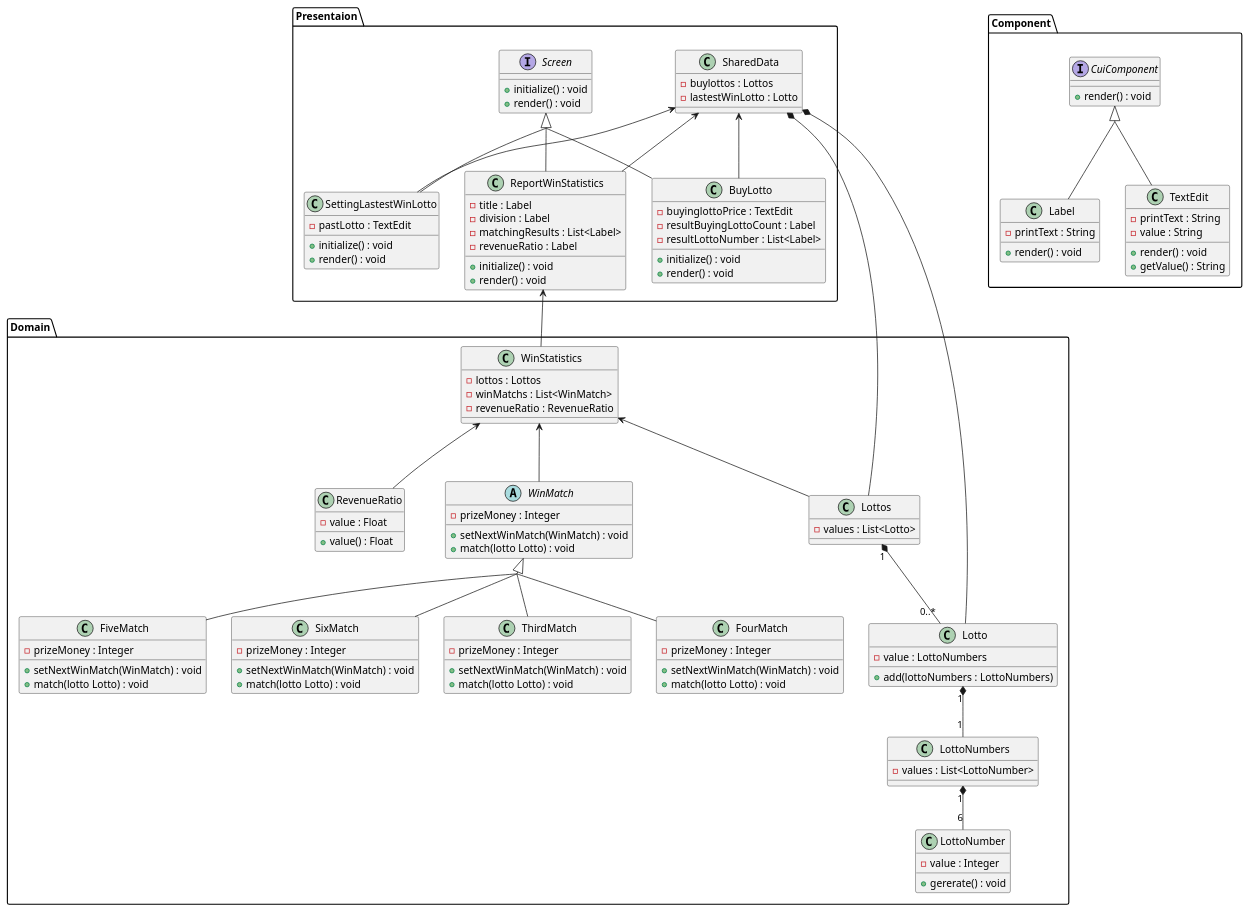
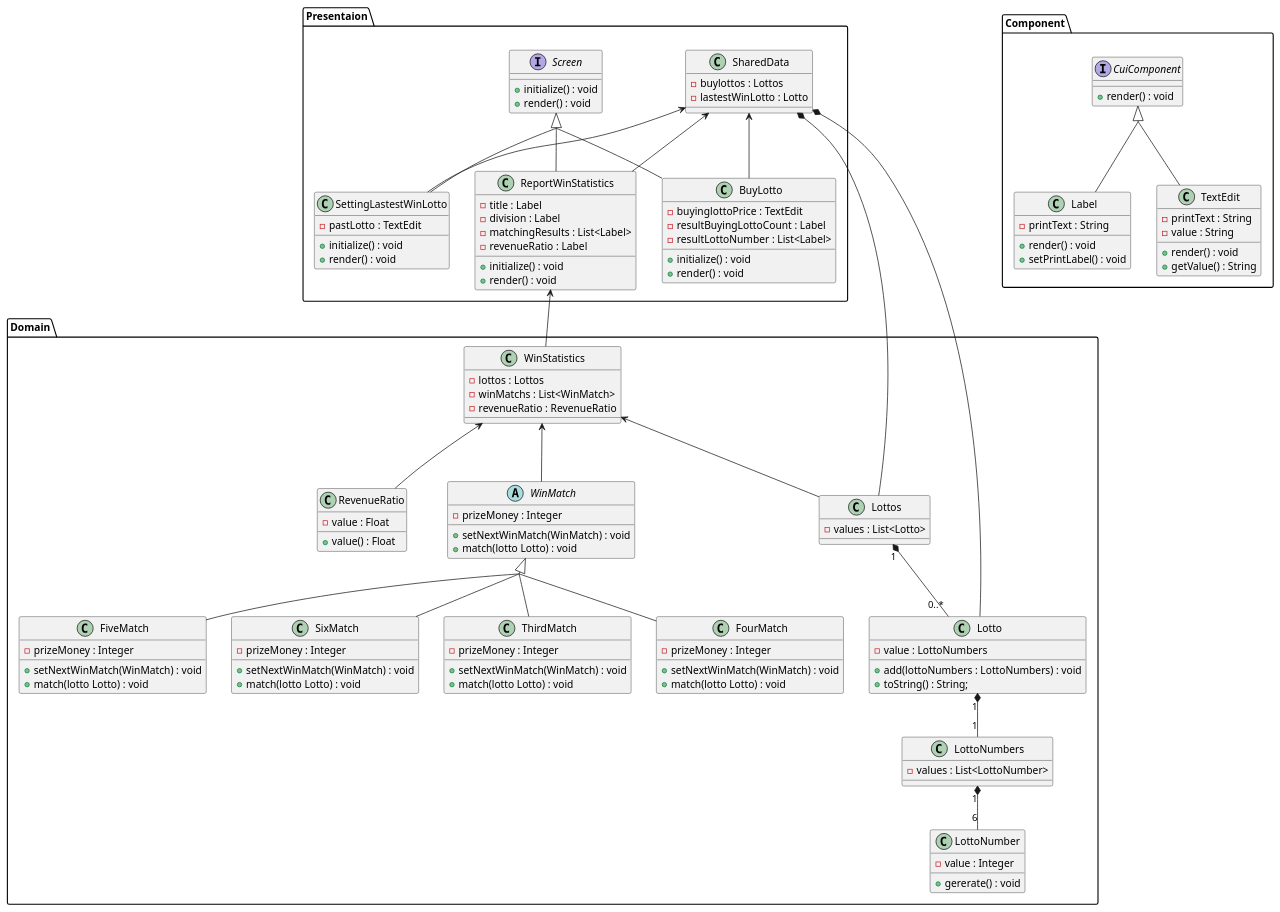
Before and after one commit to next-step/java-lotto-pro: the diagram in classdiagram/Lotto_3step.pu, drawn with PlantUML. The commit also changed 7 other files, not shown here.

```diff
--- a/classdiagram/Lotto_3step.pu
+++ b/classdiagram/Lotto_3step.pu
@@ -1,159 +1,161 @@
 @startuml Lotto_3step
 skinparam groupInheritance 2
 
 package Domain {
   class Lottos {
     - values : List<Lotto>
   }
 
   class Lotto {
     - value : LottoNumbers
 
-    + add(lottoNumbers : LottoNumbers)
+    + add(lottoNumbers : LottoNumbers) : void
+    + toString() : String;
   }
 
   class WinStatistics {
     - lottos : Lottos
     - winMatchs : List<WinMatch> 
     - revenueRatio : RevenueRatio
 
   }
 
   class RevenueRatio {
     - value : Float
 
     + value() : Float
   }
 
   class LottoNumbers {
     - values : List<LottoNumber>
   }
 
   class LottoNumber {
     - value : Integer
 
     + gererate() : void
   }
 
   abstract WinMatch {
     - prizeMoney : Integer
 
     + setNextWinMatch(WinMatch) : void
     + match(lotto Lotto) : void
   }
 
   class ThirdMatch {
     - prizeMoney : Integer
     
     + setNextWinMatch(WinMatch) : void
     + match(lotto Lotto) : void
   }
 
   class FourMatch {
     - prizeMoney : Integer
     
     + setNextWinMatch(WinMatch) : void
     + match(lotto Lotto) : void
   }
 
   class FiveMatch {
     - prizeMoney : Integer
     
     + setNextWinMatch(WinMatch) : void
     + match(lotto Lotto) : void
   }
 
   class SixMatch {
     - prizeMoney : Integer
     
     + setNextWinMatch(WinMatch) : void
     + match(lotto Lotto) : void
   }
 }
 
 package Presentaion {
   interface Screen {
     + initialize() : void
     + render() : void
   }
 
   class BuyLotto {
     - buyinglottoPrice : TextEdit 
     - resultBuyingLottoCount : Label
     - resultLottoNumber : List<Label>
 
     + initialize() : void
     + render() : void
   }
 
   class SettingLastestWinLotto {
     - pastLotto : TextEdit
     
     + initialize() : void
     + render() : void
   }
 
   class ReportWinStatistics {
     - title : Label
     - division : Label
     - matchingResults : List<Label>
     - revenueRatio : Label
 
     + initialize() : void
     + render() : void
   }
 
   class SharedData {
     - buylottos : Lottos
     - lastestWinLotto : Lotto
   }
 }
 
 package Component {
   interface CuiComponent {
     + render() : void
   }
 
   class Label {
     - printText : String
     
     + render() : void
+    + setPrintLabel() : void
   }
 
   class TextEdit {
     - printText : String
     - value : String
 
     + render() : void
     + getValue() : String
   }
 }
 
 CuiComponent <|-- Label
 CuiComponent <|-- TextEdit
 
 Screen <|-- BuyLotto
 Screen <|-- SettingLastestWinLotto
 Screen <|-- ReportWinStatistics
 ReportWinStatistics <-- WinStatistics
 
 SharedData <-- BuyLotto
 SharedData <-- SettingLastestWinLotto
 SharedData <-- ReportWinStatistics
 SharedData *-- Lottos
 SharedData *-- Lotto
 
 WinStatistics  <-- Lottos
 WinStatistics <-- WinMatch
 WinStatistics <-- RevenueRatio
 
 WinMatch <|-- ThirdMatch
 WinMatch <|-- FourMatch
 WinMatch <|-- FiveMatch
 WinMatch <|-- SixMatch
 
 Lottos "1" *-- "0..*" Lotto
 Lotto "1" *-- "1" LottoNumbers
 
 LottoNumbers "1" *-- "6" LottoNumber
 @enduml
```
